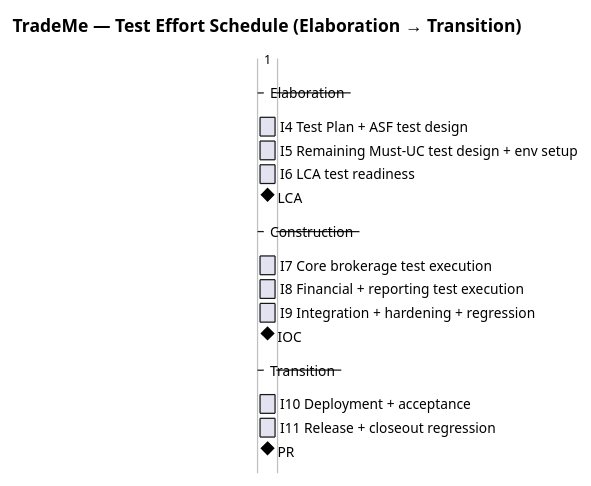
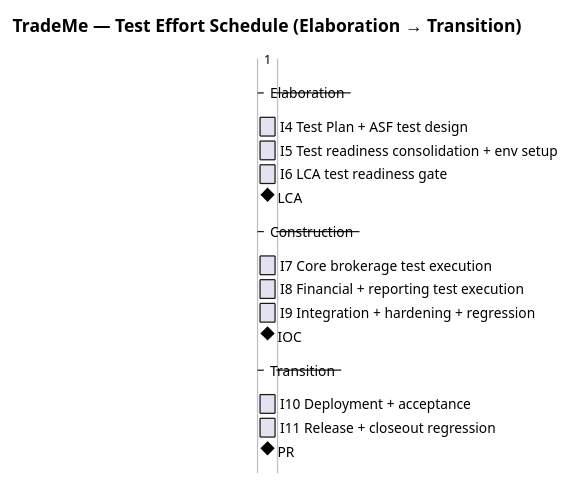
The second of 3 diagrams in docs/artifacts/test/test-plan.md (banense-test/trademe), drawn with PlantUML before and after one commit. The commit also changed other lines of this file, not shown here.

First line of the commit message:
Test Manager [E2]: upsert Test Plan

````diff
--- a/docs/artifacts/test/test-plan.md
+++ b/docs/artifacts/test/test-plan.md
@@ -132,20 +132,20 @@
 ```plantuml
 @startgantt
 hide footbox
 title TradeMe — Test Effort Schedule (Elaboration → Transition)
 -- Elaboration --
 [I4 Test Plan + ASF test design] lasts 1 days
-[I5 Remaining Must-UC test design + env setup] lasts 1 days
-[I6 LCA test readiness] lasts 1 days
-[LCA] happens at [I6 LCA test readiness]'s end
+[I5 Test readiness consolidation + env setup] lasts 1 days
+[I6 LCA test readiness gate] lasts 1 days
+[LCA] happens at [I6 LCA test readiness gate]'s end
 -- Construction --
 [I7 Core brokerage test execution] lasts 1 days
 [I8 Financial + reporting test execution] lasts 1 days
 [I9 Integration + hardening + regression] lasts 1 days
 [IOC] happens at [I9 Integration + hardening + regression]'s end
 -- Transition --
 [I10 Deployment + acceptance] lasts 1 days
 [I11 Release + closeout regression] lasts 1 days
 [PR] happens at [I11 Release + closeout regression]'s end
 @endgantt
 ```
````
